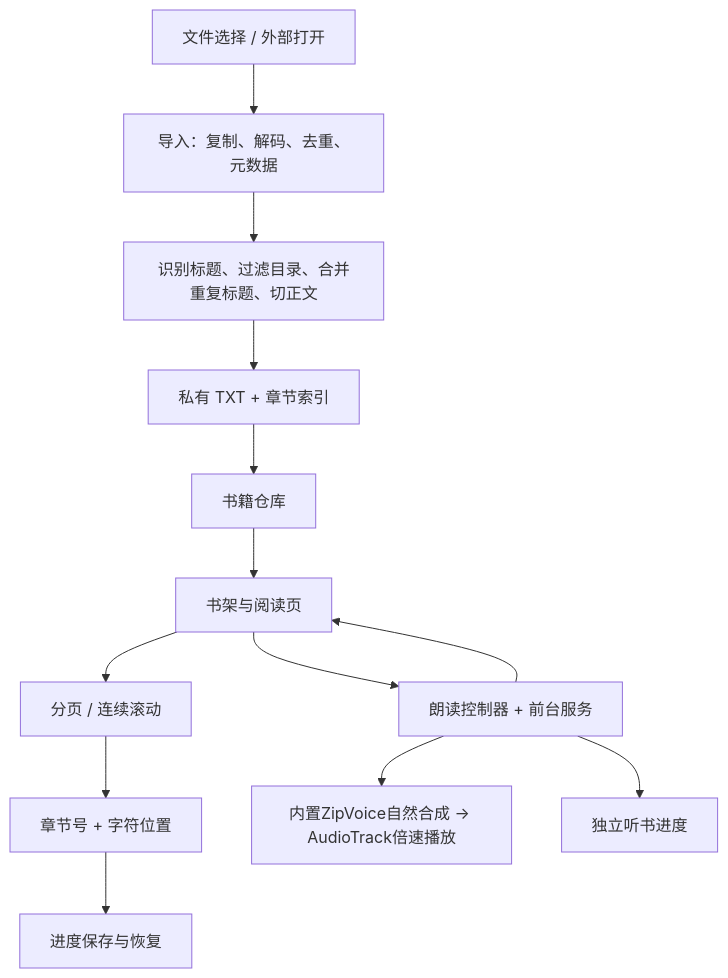
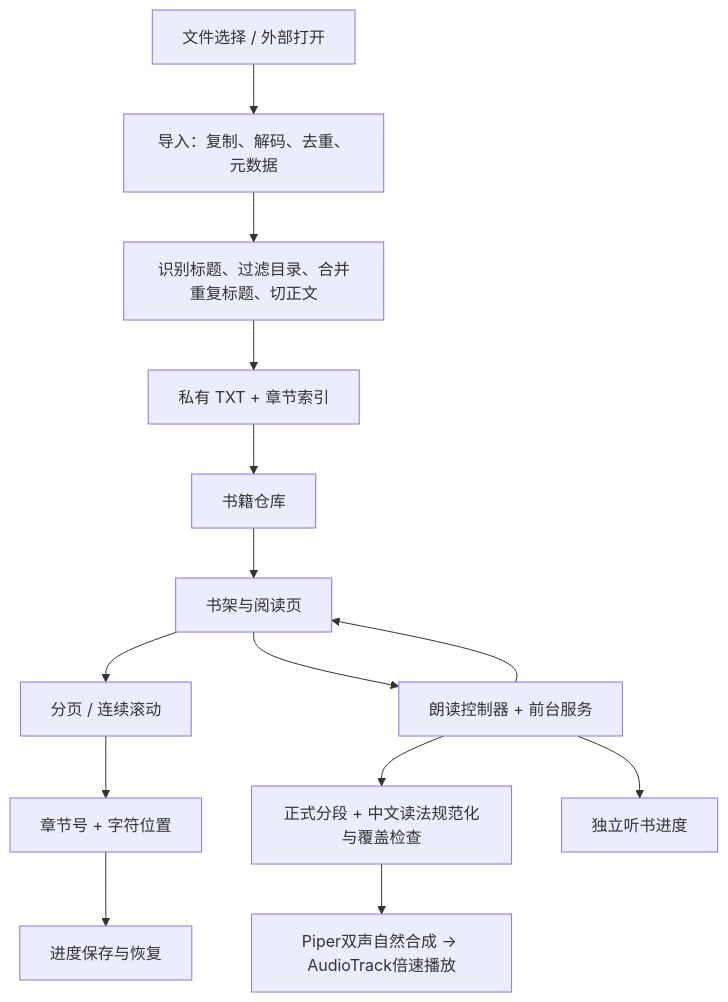
The diagram in docs/current-state.md (longerlsx/story_app), drawn with Mermaid before and after one commit. The commit also changed other lines of this file and 26 other files, not shown here.

````diff
--- a/docs/current-state.md
+++ b/docs/current-state.md
@@ -95,15 +95,16 @@
 ```mermaid
 flowchart TD
     A[文件选择 / 外部打开] --> B[导入：复制、解码、去重、元数据]
     B --> C[识别标题、过滤目录、合并重复标题、切正文]
     C --> D[私有 TXT + 章节索引]
     D --> E[书籍仓库]
     E --> F[书架与阅读页]
     F --> G[分页 / 连续滚动]
     G --> H[章节号 + 字符位置]
     H --> I[进度保存与恢复]
     F --> J[朗读控制器 + 前台服务]
-    J --> K[内置ZipVoice自然合成 → AudioTrack倍速播放]
+    J --> K[正式分段 + 中文读法规范化与覆盖检查]
+    K --> M[Piper双声自然合成 → AudioTrack倍速播放]
     J --> L[独立听书进度]
     J --> F
 ```
````
